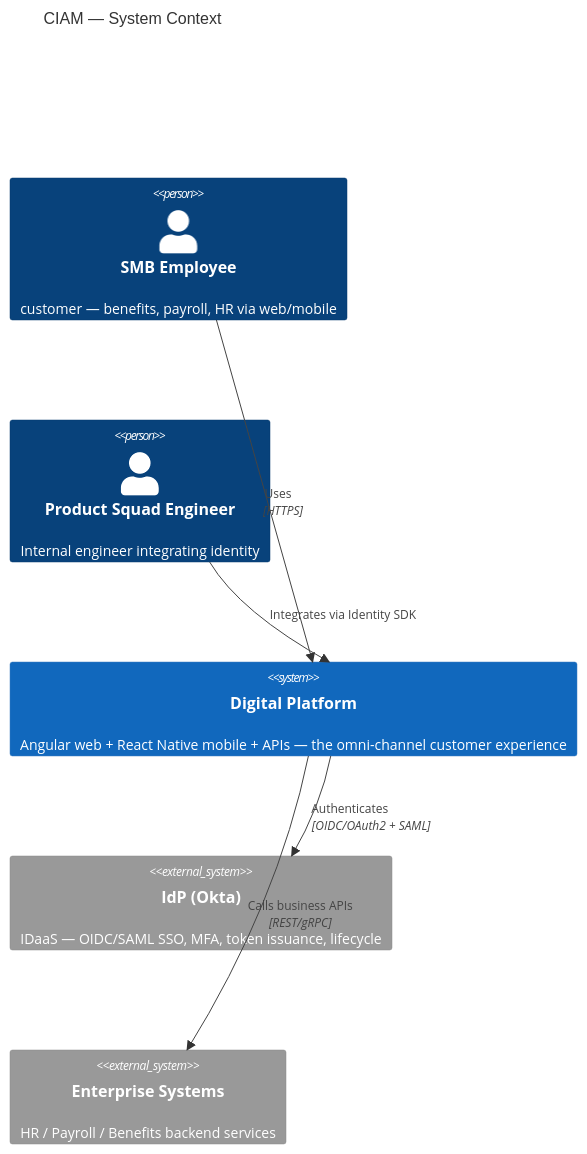
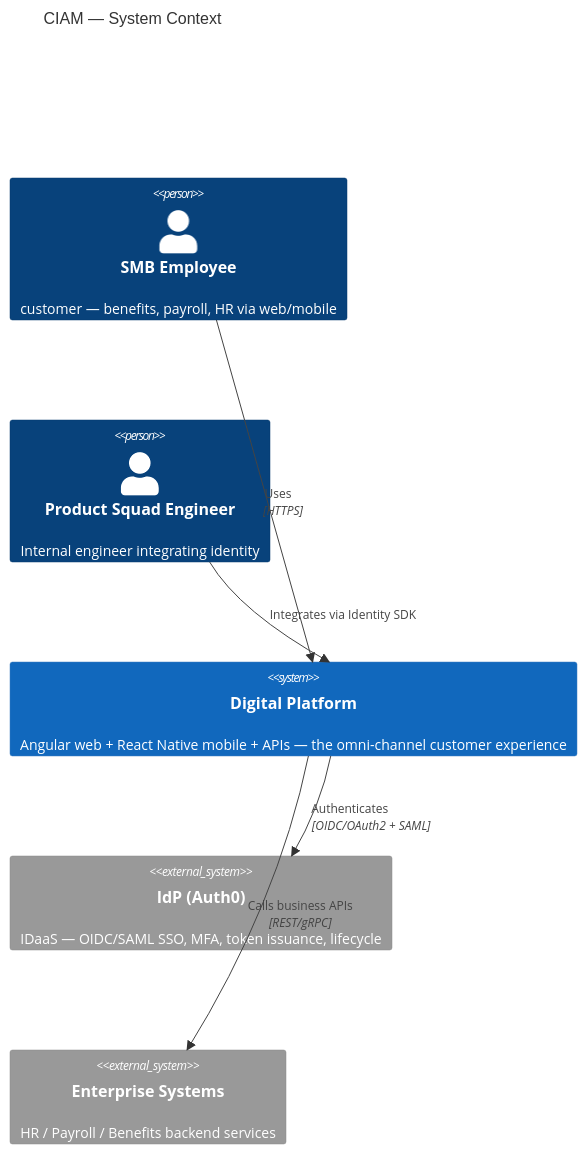
Before and after one commit to jielimanyili/ciam-prototype: the first of 3 diagrams in docs/C4.md, drawn with Mermaid. The commit also changed other lines of this file and 13 other files, not shown here.

First line of the commit message:
docs: sweep the live-demo IdP from Okta to Auth0 + ADR-021

````diff
--- a/docs/C4.md
+++ b/docs/C4.md
@@ -12,17 +12,17 @@
 ```mermaid
 C4Context
     title CIAM — System Context
 
     Person(customer, "SMB Employee", "customer — benefits, payroll, HR via web/mobile")
     Person(developer, "Product Squad Engineer", "Internal engineer integrating identity")
 
     System(digital, "Digital Platform", "Angular web + React Native mobile + APIs — the omni-channel customer experience")
 
-    System_Ext(okta, "IdP (Okta)", "IDaaS — OIDC/SAML SSO, MFA, token issuance, lifecycle")
+    System_Ext(auth0, "IdP (Auth0)", "IDaaS — OIDC/SAML SSO, MFA, token issuance, lifecycle")
     System_Ext(enterprise, "Enterprise Systems", "HR / Payroll / Benefits backend services")
 
     Rel(customer, digital, "Uses", "HTTPS")
     Rel(developer, digital, "Integrates via Identity SDK")
-    Rel(digital, okta, "Authenticates", "OIDC/OAuth2 + SAML")
+    Rel(digital, auth0, "Authenticates", "OIDC/OAuth2 + SAML")
     Rel(digital, enterprise, "Calls business APIs", "REST/gRPC")
 ```
````
